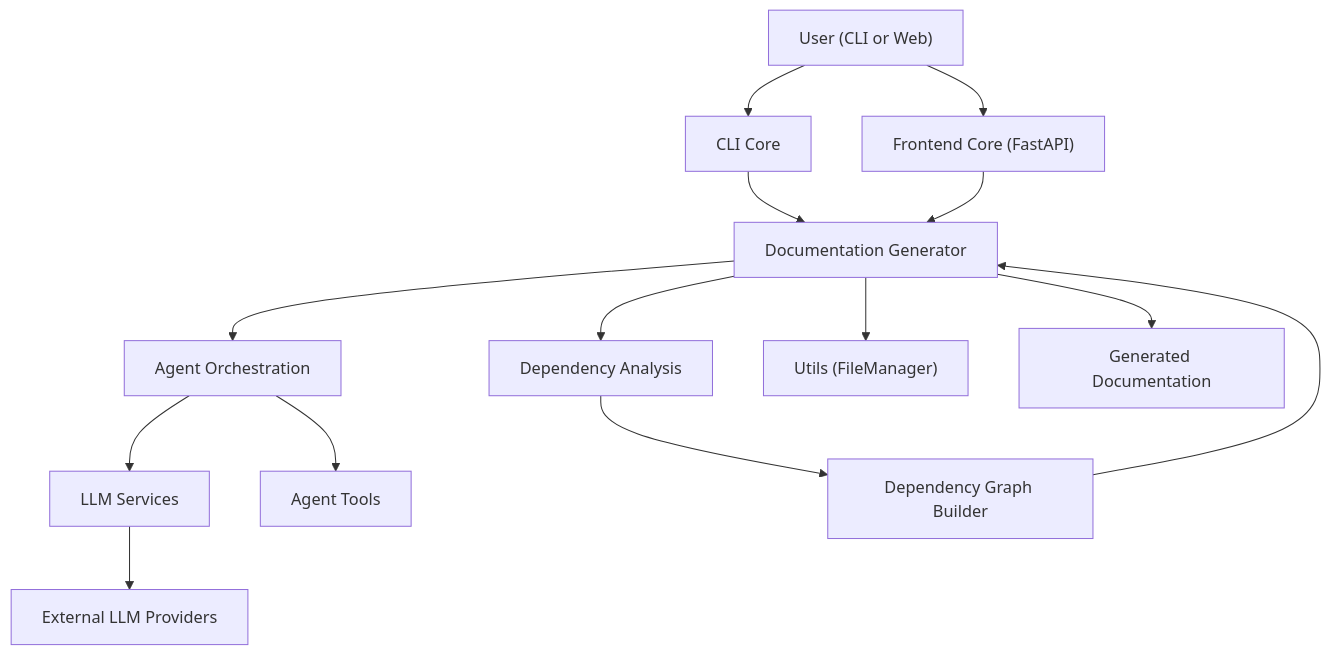
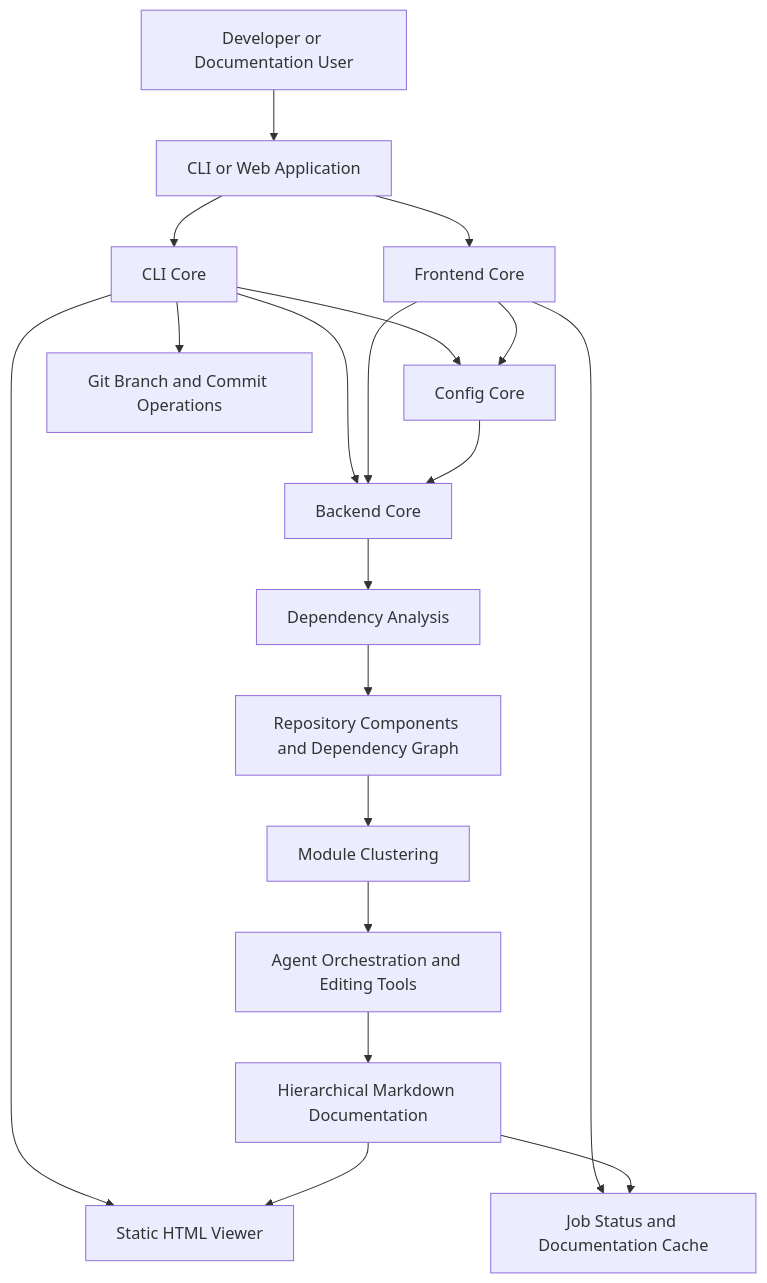
The first of 3 diagrams in docs/development/architecture/README.md (flamingo-stack/CodeWiki), drawn with Mermaid before and after one commit. The commit also changed other lines of this file and 275 other files, not shown here.

````diff
--- a/docs/development/architecture/README.md
+++ b/docs/development/architecture/README.md
@@ -13,22 +7,28 @@
 ```mermaid
-graph TD
-    User["User (CLI or Web)"] --> CLICore["CLI Core"]
-    User --> FECore["Frontend Core (FastAPI)"]
+flowchart TD
+    User["Developer or Documentation User"] --> Entry["CLI or Web Application"]
 
-    CLICore --> DocGen["Documentation Generator"]
-    FECore --> DocGen
+    Entry --> CliCore["CLI Core"]
+    Entry --> FrontendCore["Frontend Core"]
 
-    DocGen --> DepAnalysis["Dependency Analysis"]
-    DocGen --> AgentOrch["Agent Orchestration"]
+    CliCore --> ConfigCore["Config Core"]
+    FrontendCore --> ConfigCore
 
-    AgentOrch --> LLMSvc["LLM Services"]
-    AgentOrch --> Tools["Agent Tools"]
+    CliCore --> BackendCore["Backend Core"]
+    FrontendCore --> BackendCore
 
-    DepAnalysis --> GraphBuilder["Dependency Graph Builder"]
-    GraphBuilder --> DocGen
+    ConfigCore --> BackendCore
 
-    DocGen --> Utils["Utils (FileManager)"]
-    DocGen --> Output["Generated Documentation"]
+    BackendCore --> Analysis["Dependency Analysis"]
+    Analysis --> Graph["Repository Components and Dependency Graph"]
+    Graph --> Clustering["Module Clustering"]
+    Clustering --> Agents["Agent Orchestration and Editing Tools"]
+    Agents --> Markdown["Hierarchical Markdown Documentation"]
 
-    LLMSvc --> Provider["External LLM Providers"]
+    CliCore --> Html["Static HTML Viewer"]
+    CliCore --> GitOps["Git Branch and Commit Operations"]
+
+    Markdown --> Html
+    FrontendCore --> Cache["Job Status and Documentation Cache"]
+    Markdown --> Cache
 ```
````
